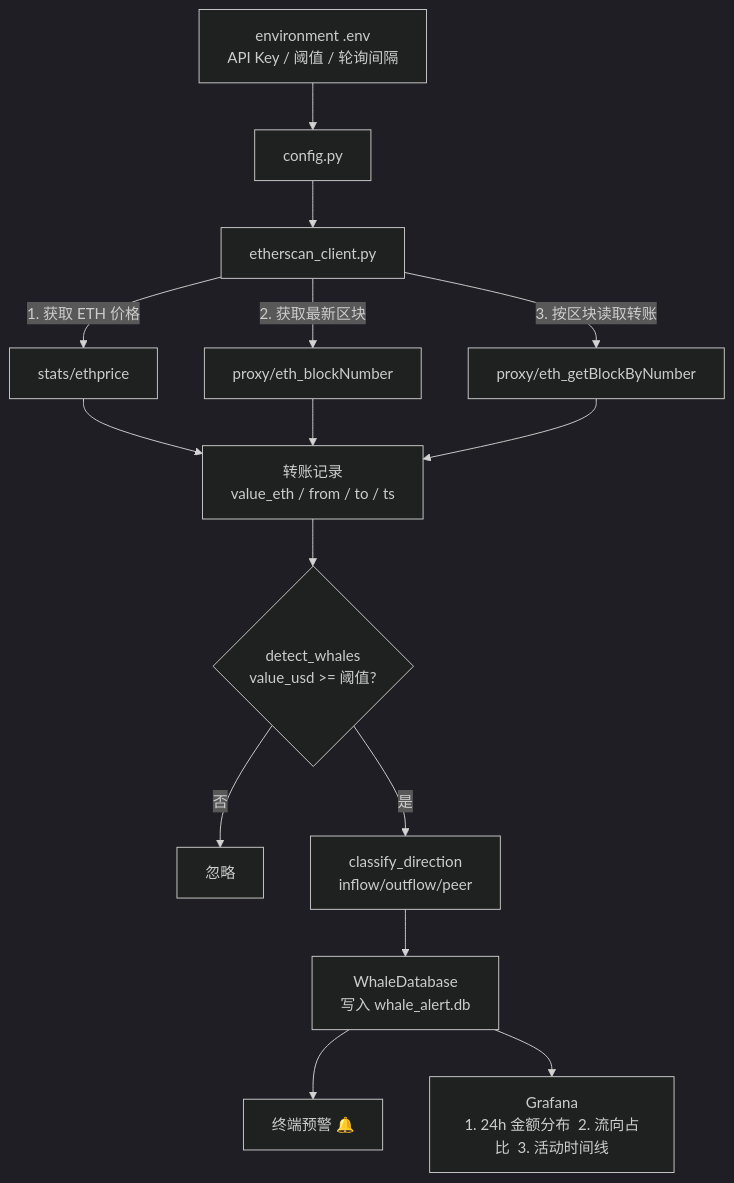
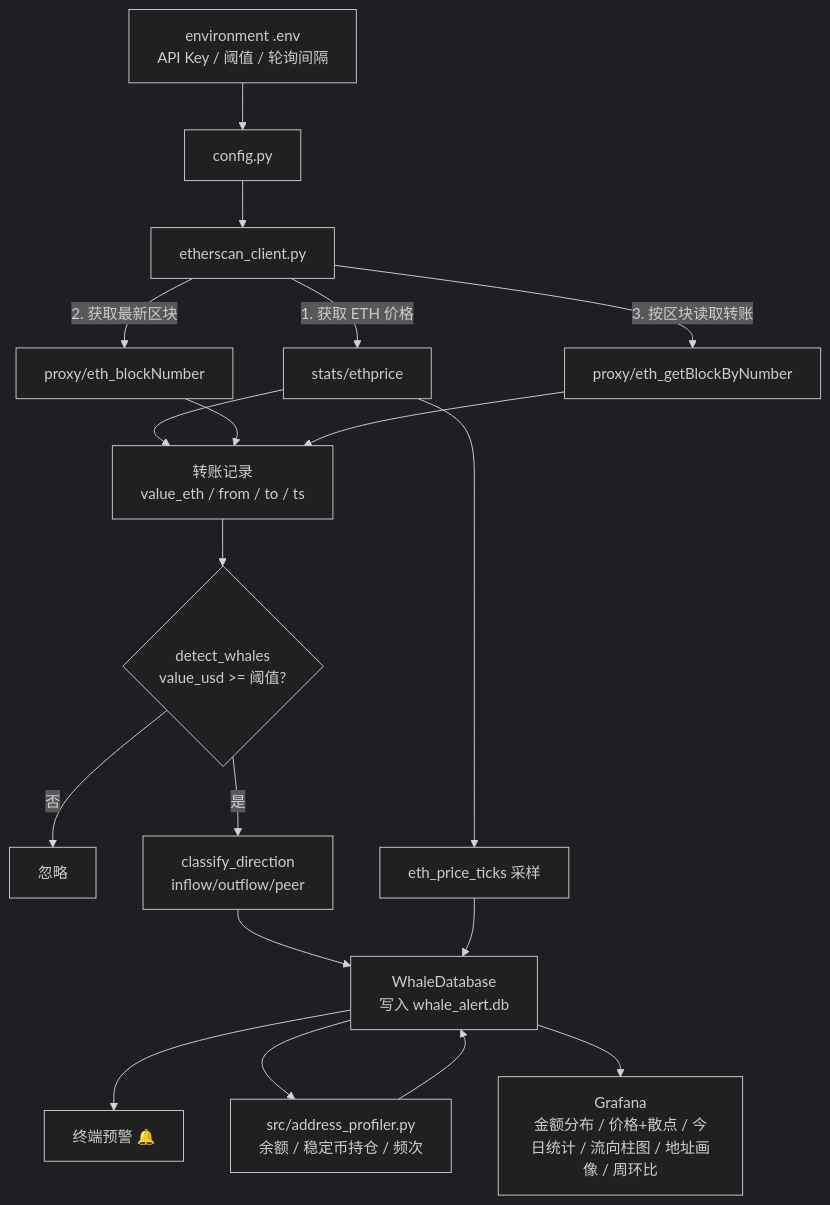
The second of 2 diagrams in README.md (DingBangBang/whale-alert-system), drawn with Mermaid (dark theme) before and after one commit. The commit also changed other lines of this file and 12 other files, not shown here.

First line of the commit message:
feat(v2): lower threshold, paginated backfill, address profiler, richer Grafana dashboard

````diff
--- a/README.md
+++ b/README.md
@@ -50,15 +59,19 @@
 ```mermaid
 flowchart TD
     A["environment .env<br/>API Key / 阈值 / 轮询间隔"] --> B[config.py]
     B --> C[etherscan_client.py]
     C -->|1. 获取 ETH 价格| E1["stats/ethprice"]
     C -->|2. 获取最新区块| E2["proxy/eth_blockNumber"]
     C -->|3. 按区块读取转账| E3["proxy/eth_getBlockByNumber"]
     E1 & E2 & E3 --> D["转账记录<br/>value_eth / from / to / ts"]
     D --> F{"detect_whales<br/>value_usd >= 阈值?"}
     F -- "否" --> X["忽略"]
     F -- "是" --> H["classify_direction<br/>inflow/outflow/peer"]
     H --> I[WhaleDatabase<br/>写入 whale_alert.db]
     I --> J["终端预警 🔔"]
-    I --> K["Grafana<br/>1. 24h 金额分布  2. 流向占比  3. 活动时间线"]
+    I --> R[src/address_profiler.py<br/>余额 / 稳定币持仓 / 频次]
+    R --> I
+
+    E1 --> Pt["eth_price_ticks 采样"] --> I
+    I --> K["Grafana<br/>金额分布 / 价格+散点 / 今日统计 / 流向柱图 / 地址画像 / 周环比"]
 ```
````
